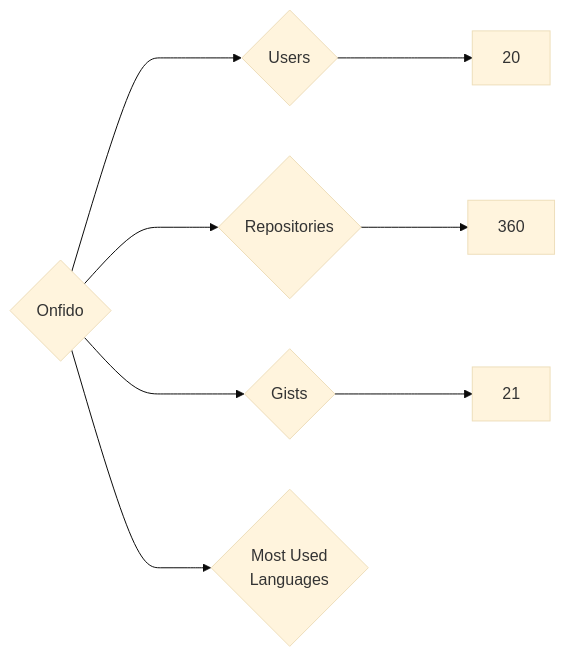
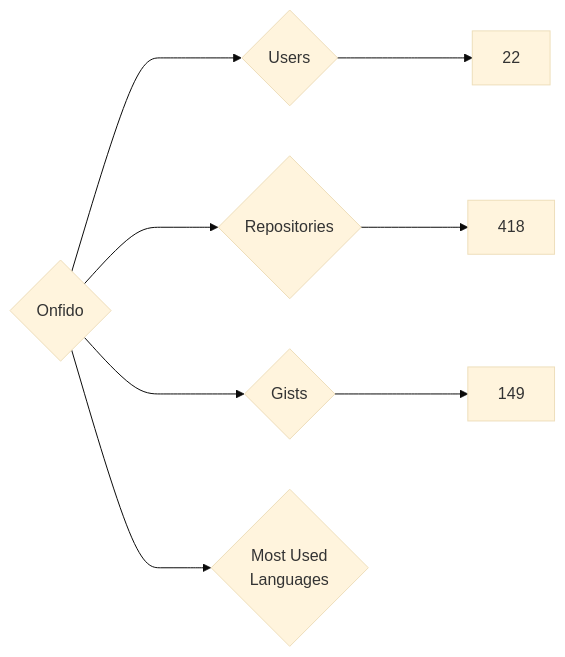
One commit to nenadzaric/insiders changed the diagram in targets/Onfido/README.md. Above: the diagram before and after it, drawn with Mermaid (base theme). The commit also changed 1342 other files, not shown here.

````diff
--- a/targets/Onfido/README.md
+++ b/targets/Onfido/README.md
@@ -3,8 +3,8 @@
 ```mermaid
 graph LR
 COMPANY_NAME{Onfido}
-COMPANY_NAME ---> U{Users} ---> UN[20]
-COMPANY_NAME ---> R{Repositories} ---> RN[360]
-COMPANY_NAME ---> G{Gists} ---> GN[21]
+COMPANY_NAME ---> U{Users} ---> UN[22]
+COMPANY_NAME ---> R{Repositories} ---> RN[418]
+COMPANY_NAME ---> G{Gists} ---> GN[149]
 COMPANY_NAME ---> ML{Most Used<br>Languages}
 ```
````
